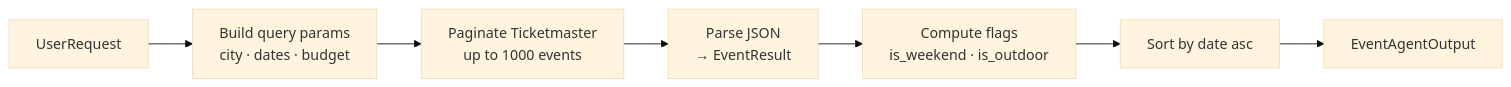
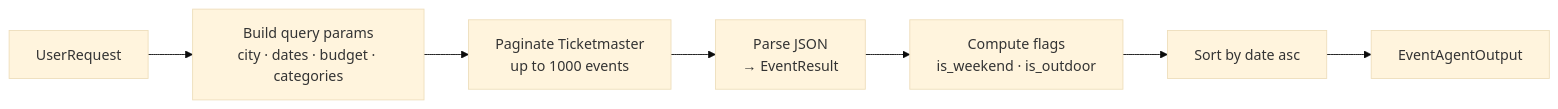
One commit to ritwiksharan/event-recommendor changed the fourth of 9 diagrams in README.md. Above: the diagram before and after it, drawn with Mermaid (base theme). The commit also changed other lines of this file, not shown here.

````diff
--- a/README.md
+++ b/README.md
@@ -252,9 +339,9 @@
 ```mermaid
 flowchart LR
-    req[UserRequest] --> params[Build query params\ncity · dates · budget]
-    params --> paginate[Paginate Ticketmaster\nup to 1000 events]
-    paginate --> parse[Parse JSON\n→ EventResult]
+    req[UserRequest] --> params["Build query params\ncity · dates · budget · categories"]
+    params --> paginate["Paginate Ticketmaster\nup to 1000 events"]
+    paginate --> parse["Parse JSON\n→ EventResult"]
     parse --> flags["Compute flags\nis_weekend · is_outdoor"]
     flags --> sort[Sort by date asc]
     sort --> out[EventAgentOutput]
 ```
````
